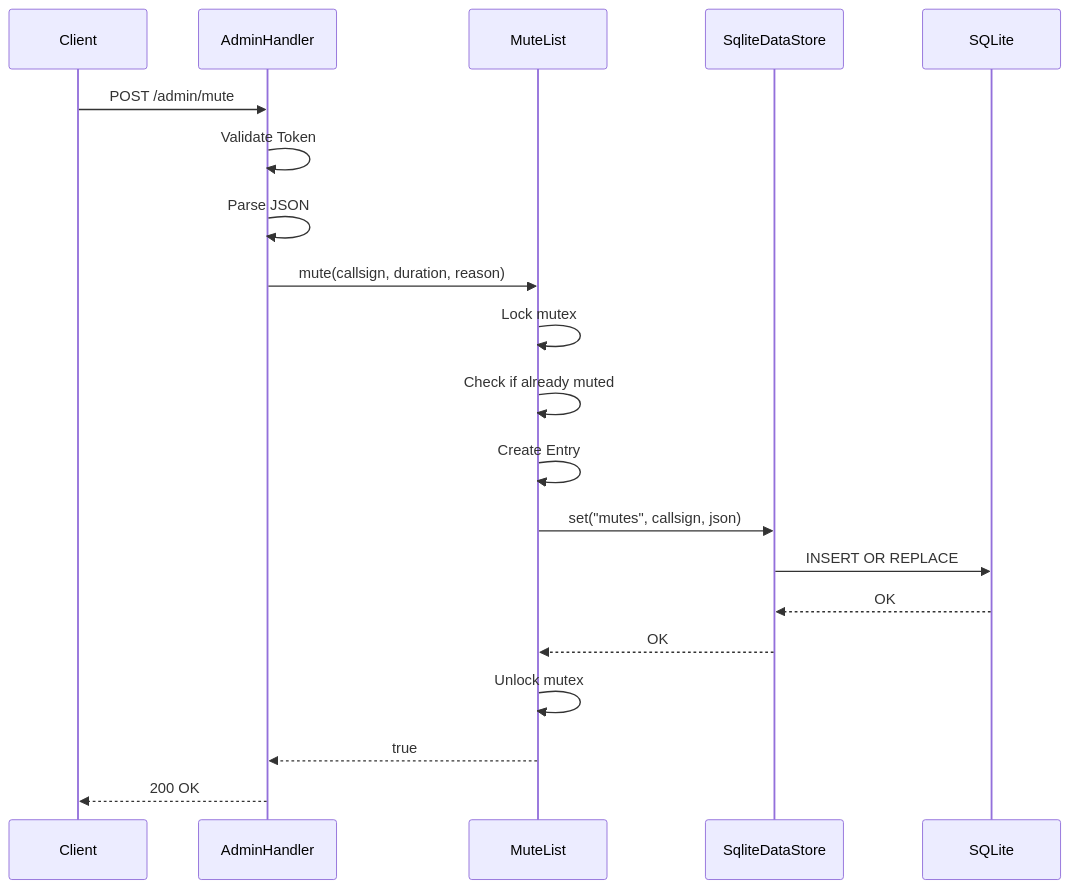
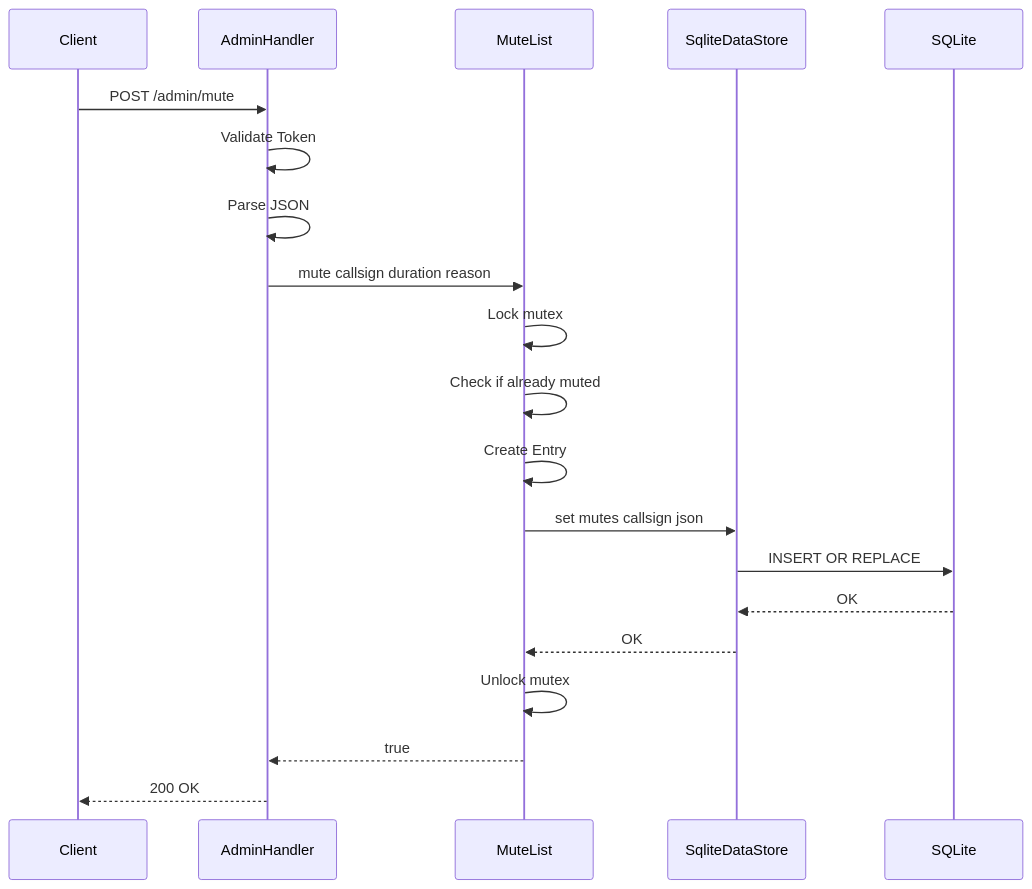
Before and after one commit to chakphanu/svxlink: the tenth of 11 diagrams in docs/SvxReflector_Admin_API_Reference.md, drawn with Mermaid. The commit also changed other lines of this file, not shown here.

First line of the commit message:
Fix Mermaid diagram syntax in API docs

````diff
--- a/docs/SvxReflector_Admin_API_Reference.md
+++ b/docs/SvxReflector_Admin_API_Reference.md
@@ -1165,23 +1165,23 @@
 ```mermaid
 sequenceDiagram
     participant C as Client
     participant A as AdminHandler
     participant M as MuteList
     participant D as SqliteDataStore
     participant S as SQLite
 
     C->>A: POST /admin/mute
     A->>A: Validate Token
     A->>A: Parse JSON
-    A->>M: mute(callsign, duration, reason)
+    A->>M: mute callsign duration reason
     M->>M: Lock mutex
     M->>M: Check if already muted
     M->>M: Create Entry
-    M->>D: set("mutes", callsign, json)
+    M->>D: set mutes callsign json
     D->>S: INSERT OR REPLACE
     S-->>D: OK
     D-->>M: OK
     M->>M: Unlock mutex
     M-->>A: true
     A-->>C: 200 OK
 ```
````
